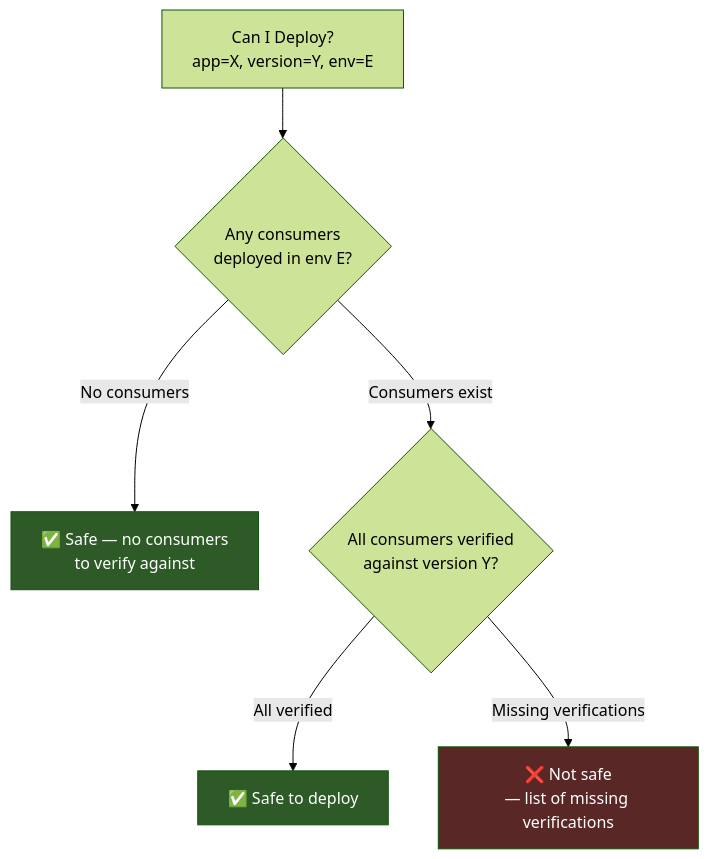
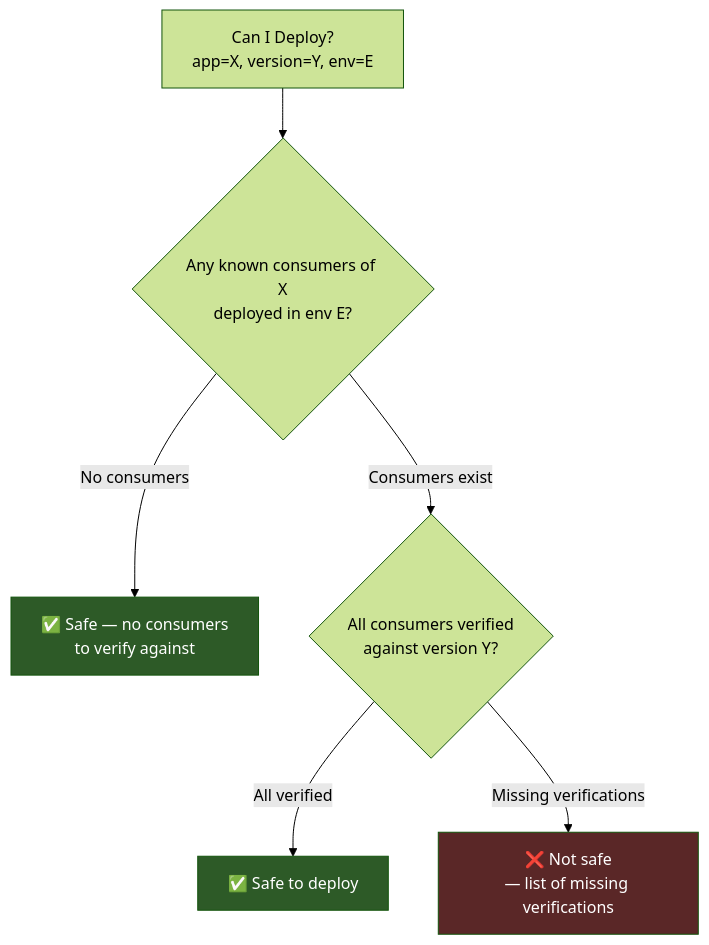
The diagram in docs/features/can-i-deploy.md (stubborn-sh/stubborn), drawn with Mermaid (forest theme) before and after one commit. The commit also changed other lines of this file and 9 other files, not shown here.

First line of the commit message:
fix(safety): only evaluate known consumers in can-i-deploy (#103)

````diff
--- a/docs/features/can-i-deploy.md
+++ b/docs/features/can-i-deploy.md
@@ -16,12 +22,12 @@
 ```mermaid
 flowchart TD
-    A["Can I Deploy?\napp=X, version=Y, env=E"] --> B{Any consumers\ndeployed in env E?}
+    A["Can I Deploy?\napp=X, version=Y, env=E"] --> B{Any known consumers of X\ndeployed in env E?}
     B -->|No consumers| C[✅ Safe — no consumers\nto verify against]
     B -->|Consumers exist| D{All consumers verified\nagainst version Y?}
     D -->|All verified| E[✅ Safe to deploy]
     D -->|Missing verifications| F[❌ Not safe\n— list of missing verifications]
 
     style C fill:#2d5a27,color:#fff
     style E fill:#2d5a27,color:#fff
     style F fill:#5a2727,color:#fff
 ```
````
